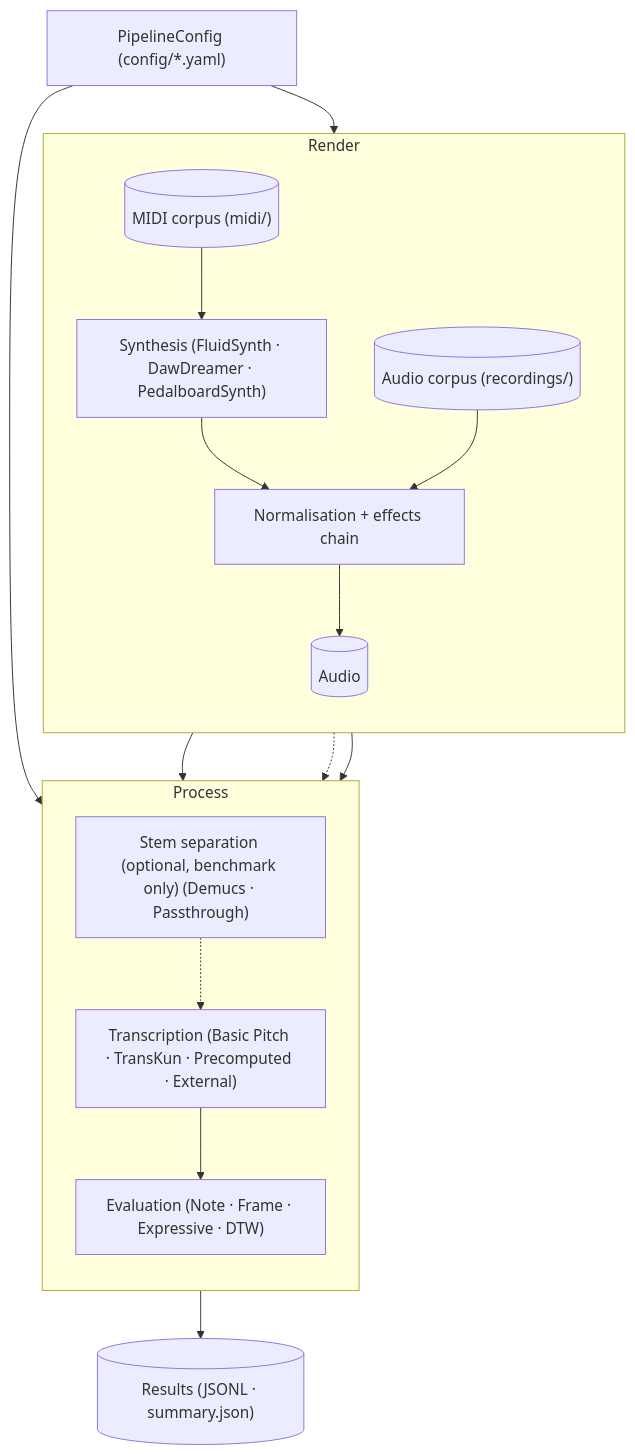
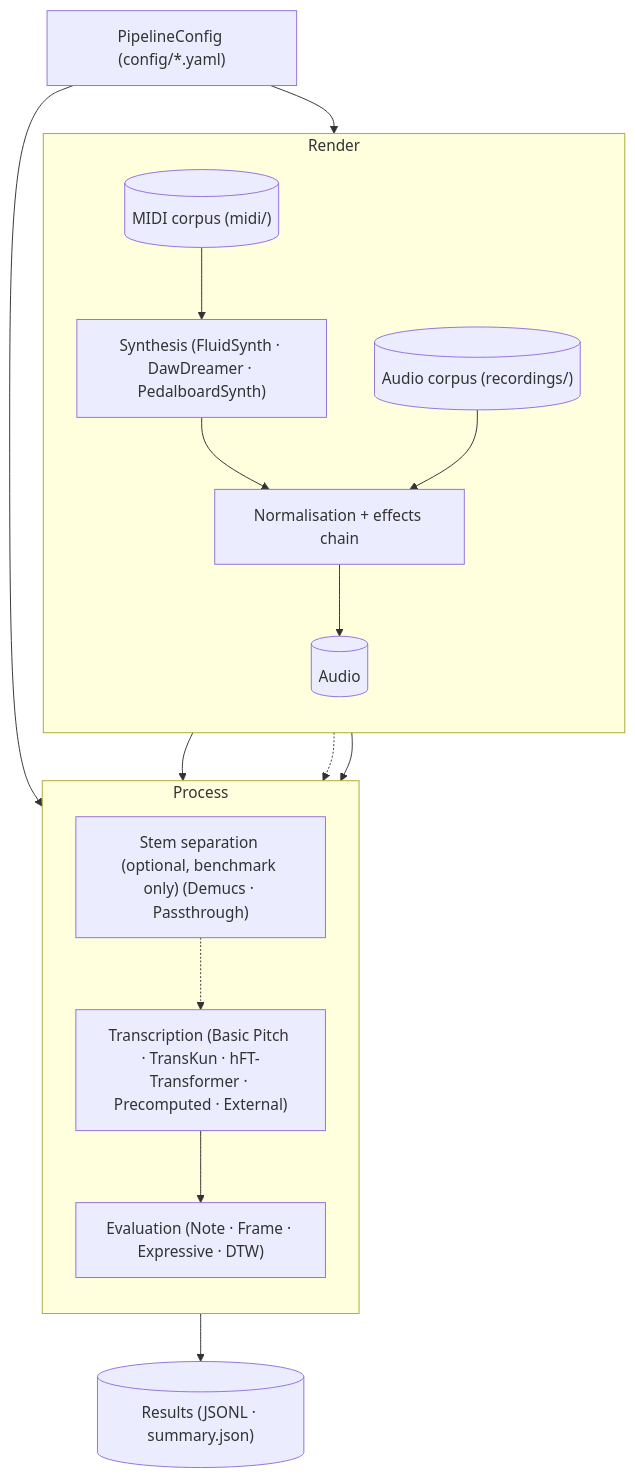
Before and after one commit to dadmaan/sonitra: the first of 10 diagrams in ARCHITECTURE.md, drawn with Mermaid. The commit also changed other lines of this file and 10 other files, not shown here.

````diff
--- a/ARCHITECTURE.md
+++ b/ARCHITECTURE.md
@@ -5,32 +5,32 @@
 ```mermaid
 flowchart TB
     cfg["PipelineConfig (config/*.yaml)"]
 
     subgraph render["Render"]
         direction TB
         midi[("MIDI corpus (midi/)")]
         recordings[("Audio corpus (recordings/)")]
         synth["Synthesis (FluidSynth · DawDreamer · PedalboardSynth)"]
         fx["Normalisation + effects chain"]
         audio[("Audio")]
         midi --> synth --> fx --> audio
         recordings --> fx
     end
 
     subgraph process["Process"]
         direction TB
         sep["Stem separation (optional, benchmark only) (Demucs · Passthrough)"]
-        tx["Transcription (Basic Pitch · TransKun · Precomputed · External)"]
+        tx["Transcription (Basic Pitch · TransKun · hFT-Transformer · Precomputed · External)"]
         eval["Evaluation (Note · Frame · Expressive · DTW)"]
         audio --> tx
         audio -.-> sep -.-> tx
         tx --> eval
     end
 
     results[("Results (JSONL · summary.json)")]
 
     cfg --> render
     cfg --> process
     midi --> eval
     eval --> results
 ```
````
